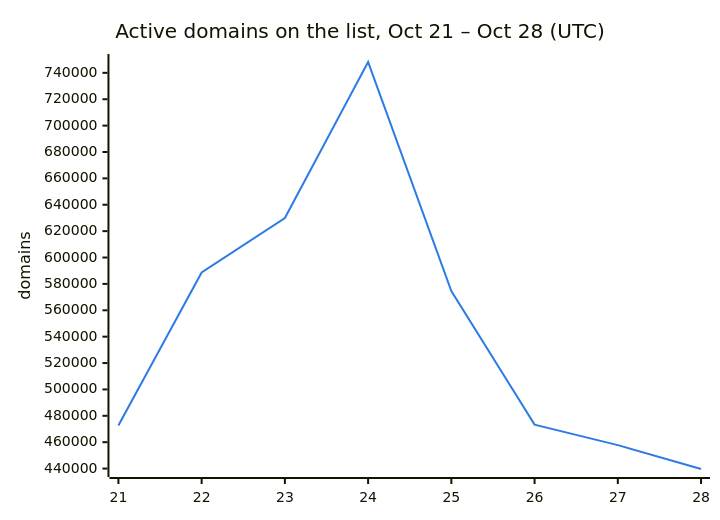
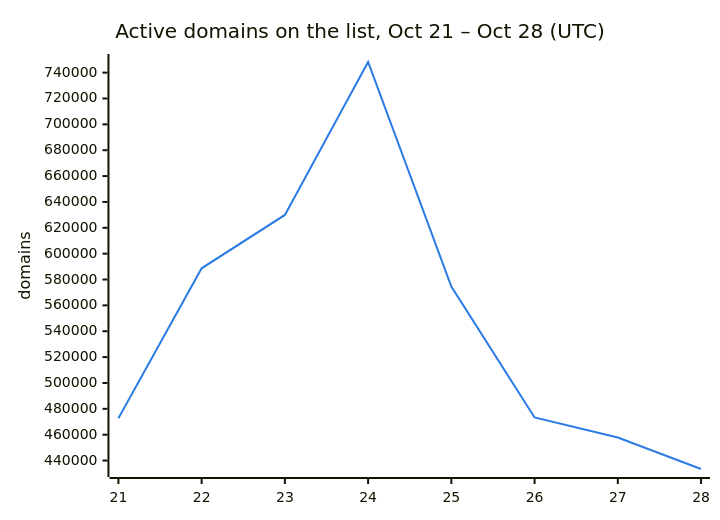
One commit to DNSBunker/CTI changed the second of 3 diagrams in README.md. Above: the diagram before and after it, drawn with Mermaid. The commit also changed other lines of this file and 3 other files, not shown here.

````diff
--- a/README.md
+++ b/README.md
@@ -38,8 +38,8 @@
 ```mermaid
 %%{init: {"themeVariables": {"xyChart": {"plotColorPalette": "#2c7be5"}}}}%%
 xychart-beta
     title "Active domains on the list, Oct 21 – Oct 28 (UTC)"
     x-axis ["21", "22", "23", "24", "25", "26", "27", "28"]
     y-axis "domains"
-    line [472713, 588659, 629951, 748222, 574614, 473331, 457795, 439679]
+    line [472713, 588659, 629951, 748222, 574614, 473331, 457795, 433465]
 ```
````
